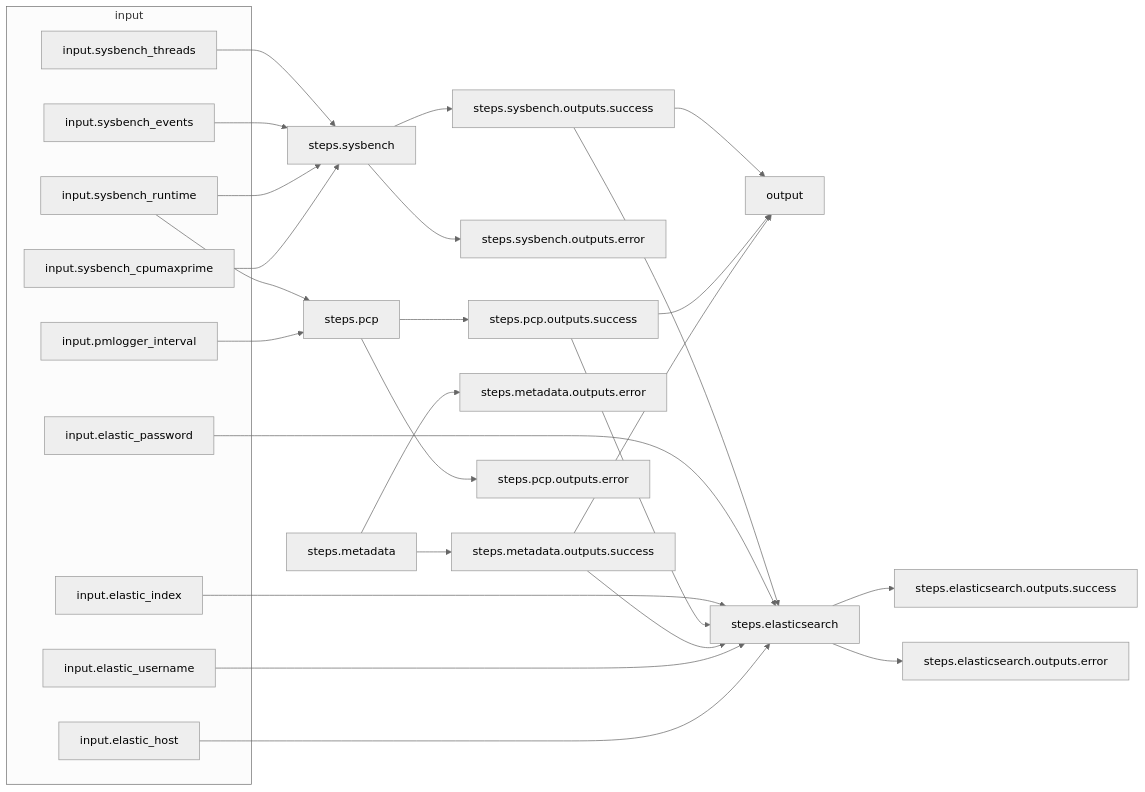
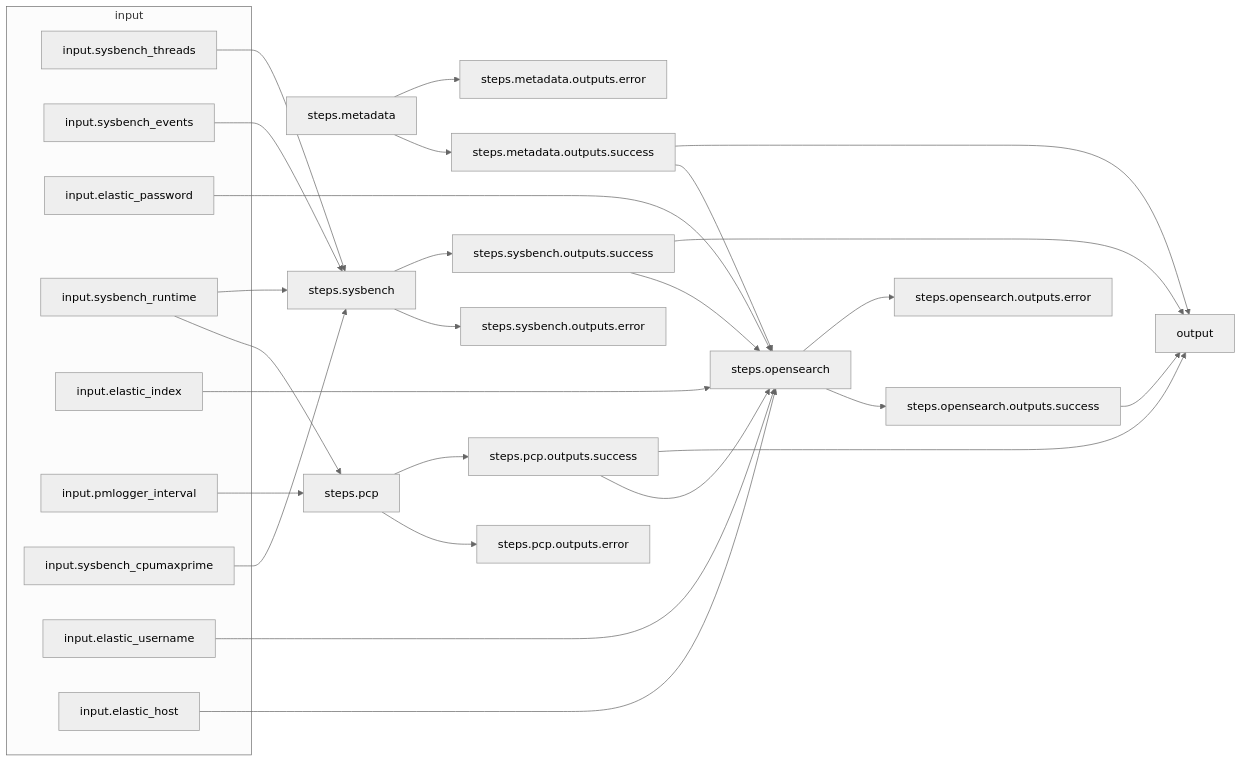
One commit to ewchong/arcaflow-workflows changed the diagram in example-workflow/README.md. Above: the diagram before and after it, drawn with Mermaid (neutral theme). The commit also changed other lines of this file and 3 other files, not shown here.

````diff
--- a/example-workflow/README.md
+++ b/example-workflow/README.md
@@ -48,38 +67,39 @@
 ```mermaid
 flowchart LR
 subgraph input
 input.sysbench_threads
 input.sysbench_events
 input.elastic_password
 input.sysbench_runtime
 input.elastic_index
 input.pmlogger_interval
 input.sysbench_cpumaxprime
 input.elastic_username
 input.elastic_host
 end
-input.sysbench_threads-->steps.sysbench
-steps.sysbench-->steps.sysbench.outputs.success
-steps.sysbench-->steps.sysbench.outputs.error
 steps.metadata-->steps.metadata.outputs.success
 steps.metadata-->steps.metadata.outputs.error
+input.elastic_password-->steps.opensearch
+steps.opensearch.outputs.success-->output
+steps.pcp.outputs.success-->steps.opensearch
+steps.pcp.outputs.success-->output
+input.pmlogger_interval-->steps.pcp
+steps.sysbench.outputs.success-->steps.opensearch
 steps.sysbench.outputs.success-->output
-steps.sysbench.outputs.success-->steps.elasticsearch
-input.sysbench_events-->steps.sysbench
-input.elastic_password-->steps.elasticsearch
+steps.metadata.outputs.success-->steps.opensearch
+steps.metadata.outputs.success-->output
+input.elastic_index-->steps.opensearch
 input.sysbench_runtime-->steps.pcp
 input.sysbench_runtime-->steps.sysbench
-input.elastic_index-->steps.elasticsearch
-input.pmlogger_interval-->steps.pcp
-steps.pcp.outputs.success-->steps.elasticsearch
-steps.pcp.outputs.success-->output
+input.elastic_host-->steps.opensearch
+input.elastic_username-->steps.opensearch
+input.sysbench_events-->steps.sysbench
+input.sysbench_cpumaxprime-->steps.sysbench
+steps.opensearch-->steps.opensearch.outputs.success
+steps.opensearch-->steps.opensearch.outputs.error
+input.sysbench_threads-->steps.sysbench
 steps.pcp-->steps.pcp.outputs.error
 steps.pcp-->steps.pcp.outputs.success
-steps.metadata.outputs.success-->steps.elasticsearch
-steps.metadata.outputs.success-->output
-input.sysbench_cpumaxprime-->steps.sysbench
-input.elastic_username-->steps.elasticsearch
-input.elastic_host-->steps.elasticsearch
-steps.elasticsearch-->steps.elasticsearch.outputs.success
-steps.elasticsearch-->steps.elasticsearch.outputs.error
+steps.sysbench-->steps.sysbench.outputs.error
+steps.sysbench-->steps.sysbench.outputs.success
 ```
````
